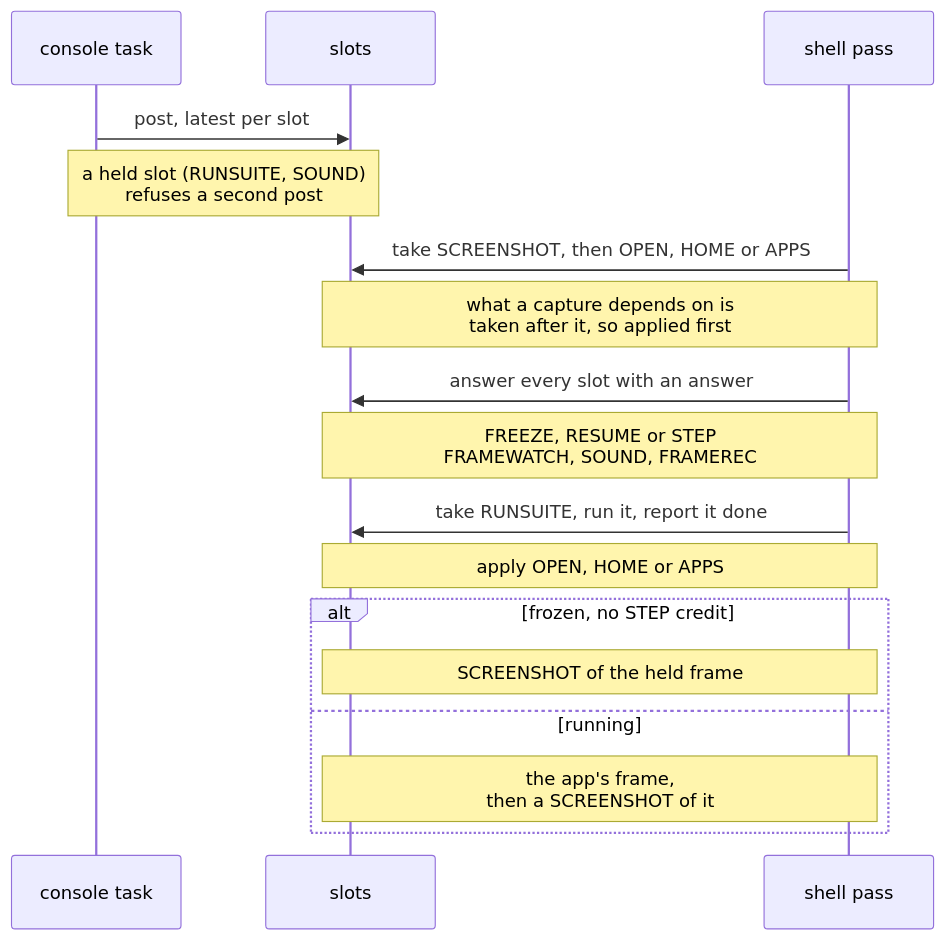
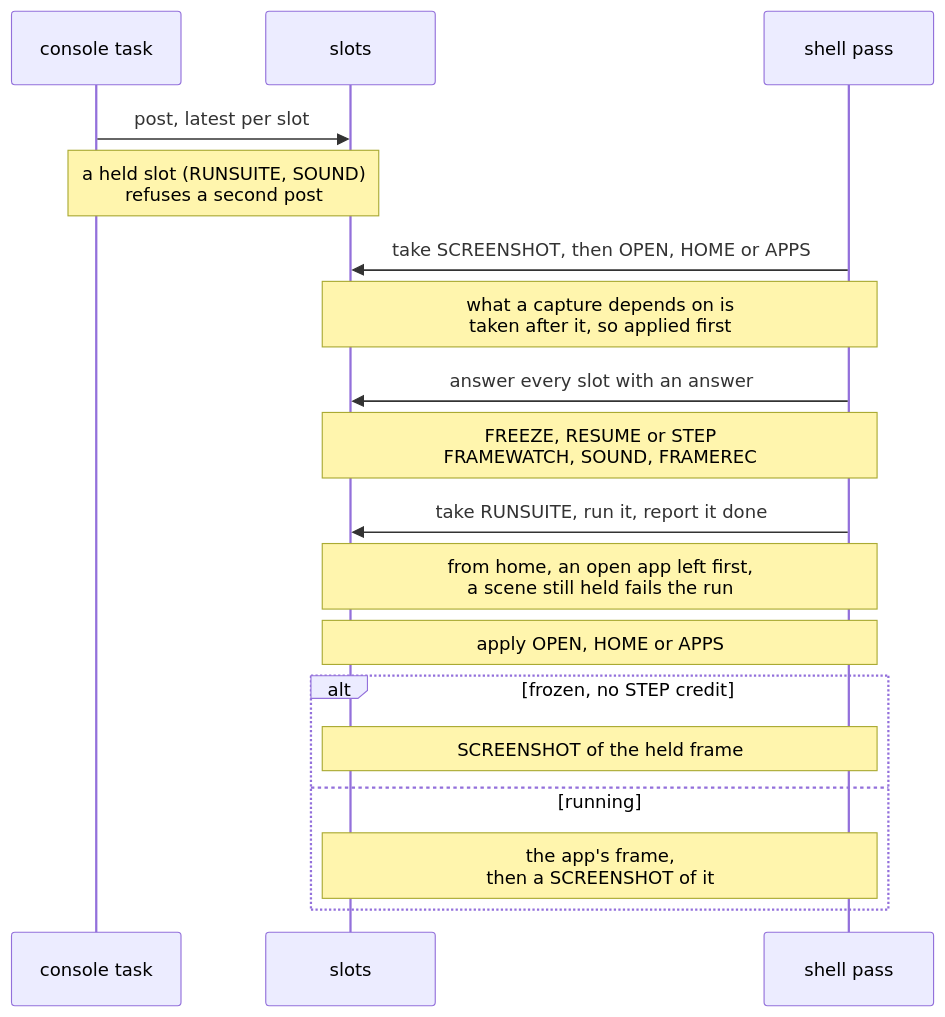
One commit to jose-villegas/autana changed the second of 2 diagrams in docs/firmware/Frame-Loop.md. Above: the diagram before and after it, drawn with Mermaid. The commit also changed 5 other files, not shown here.

Commit message:
RUNSUITE starts from home: an open app is left first, a scene still held fails the run (autana-0iehu)

````diff
--- a/docs/firmware/Frame-Loop.md
+++ b/docs/firmware/Frame-Loop.md
@@ -50,19 +50,20 @@
 ```mermaid
 sequenceDiagram
     participant Console as console task
     participant Slot as slots
     participant Shell as shell pass
     Console->>Slot: post, latest per slot
     Note over Console,Slot: a held slot (RUNSUITE, SOUND)<br/>refuses a second post
     Shell->>Slot: take SCREENSHOT, then OPEN, HOME or APPS
     Note over Slot,Shell: what a capture depends on is<br/>taken after it, so applied first
     Shell->>Slot: answer every slot with an answer
     Note over Slot,Shell: FREEZE, RESUME or STEP<br/>FRAMEWATCH, SOUND, FRAMEREC
     Shell->>Slot: take RUNSUITE, run it, report it done
+    Note over Slot,Shell: from home, an open app left first,<br/>a scene still held fails the run
     Note over Slot,Shell: apply OPEN, HOME or APPS
     alt frozen, no STEP credit
         Note over Slot,Shell: SCREENSHOT of the held frame
     else running
         Note over Slot,Shell: the app's frame,<br/>then a SCREENSHOT of it
     end
 ```
````
